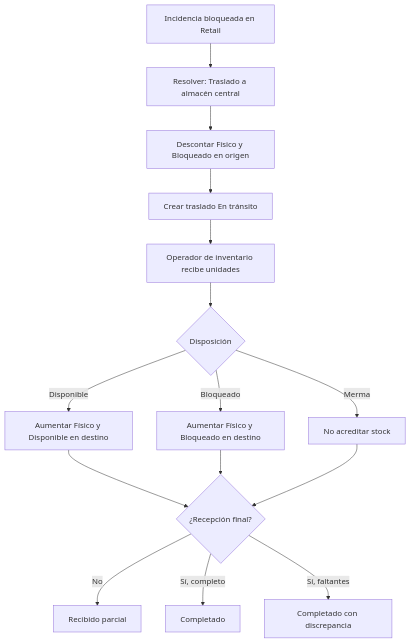
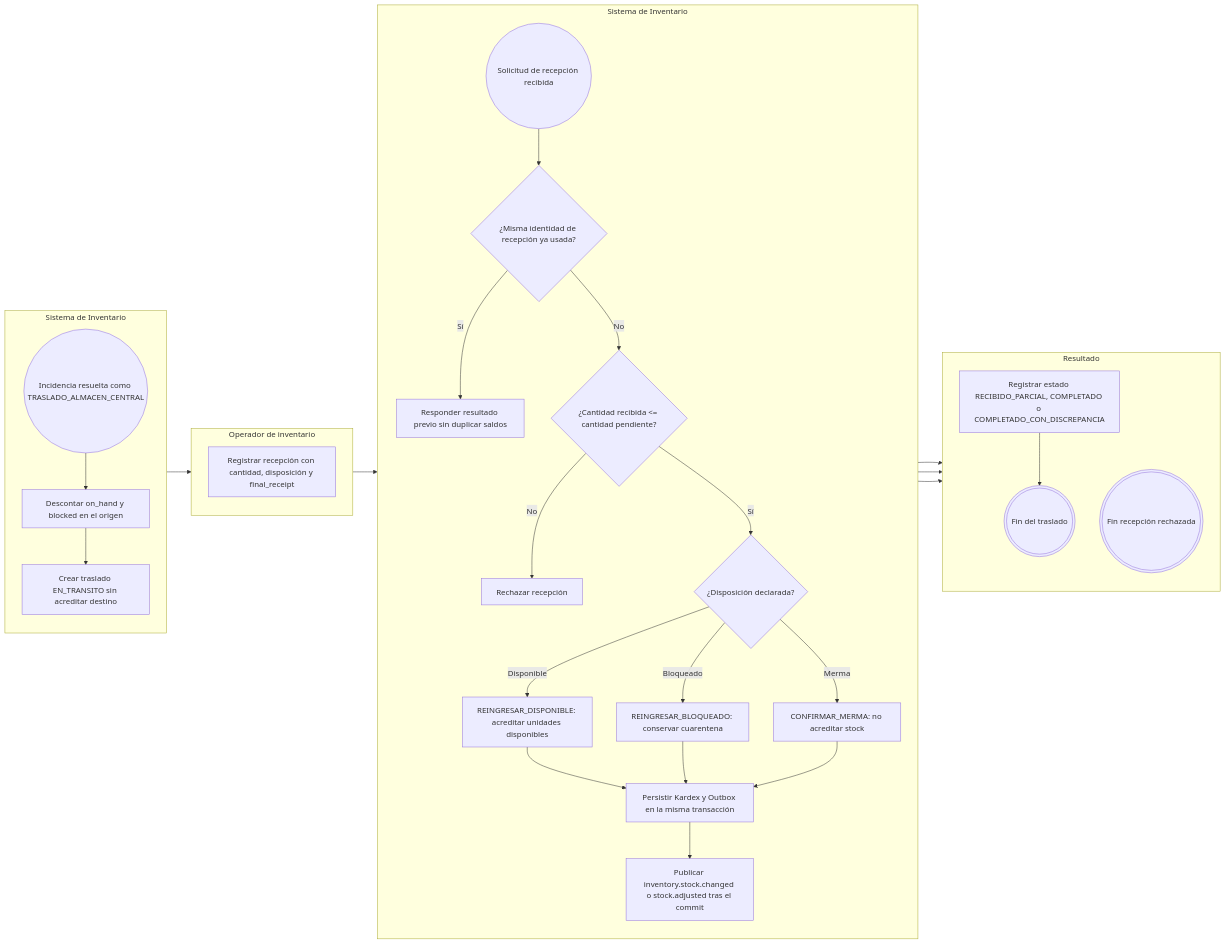
Before and after one commit to Taller-SW-Web/G6-Productos-Ofertas-docs: the ninth of 10 diagrams in flujos/FLOW-015-control-stock-disponibilidad.md, drawn with Mermaid. The commit also changed other lines of this file and 1 other file, not shown here.

Commit message:
fix: correciones segun issues de la funcionalidad Stock

````diff
--- a/flujos/FLOW-015-control-stock-disponibilidad.md
+++ b/flujos/FLOW-015-control-stock-disponibilidad.md
@@ -68,17 +455,57 @@
 ```mermaid
-flowchart TD
-    A["Incidencia bloqueada en Retail"] --> B["Resolver: Traslado a almacén central"]
-    B --> C["Descontar Físico y Bloqueado en origen"]
-    C --> D["Crear traslado En tránsito"]
-    D --> E["Operador de inventario recibe unidades"]
-    E --> F{"Disposición"}
-    F -->|Disponible| G["Aumentar Físico y Disponible en destino"]
-    F -->|Bloqueado| H["Aumentar Físico y Bloqueado en destino"]
-    F -->|Merma| I["No acreditar stock"]
-    G --> J{"¿Recepción final?"}
-    H --> J
-    I --> J
-    J -->|No| K["Recibido parcial"]
-    J -->|Sí, completo| L["Completado"]
-    J -->|Sí, faltantes| M["Completado con discrepancia"]
+flowchart LR
+    subgraph ORIGEN["Sistema de Inventario"]
+        direction TB
+        INICIO((Incidencia resuelta como TRASLADO_ALMACEN_CENTRAL))
+        A1["Descontar on_hand y blocked en el origen"]
+        A2["Crear traslado EN_TRANSITO sin acreditar destino"]
+    end
+
+    subgraph OP["Operador de inventario"]
+        direction TB
+        A3["Registrar recepción con cantidad, disposición y final_receipt"]
+    end
+
+    subgraph INV["Sistema de Inventario"]
+        direction TB
+        E1(("Solicitud de recepción recibida"))
+        D1{"¿Misma identidad de recepción ya usada?"}
+        A4["Responder resultado previo sin duplicar saldos"]
+        D2{"¿Cantidad recibida <= cantidad pendiente?"}
+        A5["Rechazar recepción"]
+        D3{"¿Disposición declarada?"}
+        A6["REINGRESAR_DISPONIBLE: acreditar unidades disponibles"]
+        A7["REINGRESAR_BLOQUEADO: conservar cuarentena"]
+        A8["CONFIRMAR_MERMA: no acreditar stock"]
+        A9["Persistir Kardex y Outbox en la misma transacción"]
+        A10["Publicar inventory.stock.changed o stock.adjusted tras el commit"]
+    end
+
+    subgraph RES["Resultado"]
+        direction TB
+        B1["Registrar estado RECIBIDO_PARCIAL, COMPLETADO o COMPLETADO_CON_DISCREPANCIA"]
+        FIN_OK(((Fin del traslado)))
+        FIN_REJ(((Fin recepción rechazada)))
+    end
+
+    INICIO --> A1
+    A1 --> A2
+    A2 --> A3
+    A3 --> E1
+    E1 --> D1
+    D1 -->|"Sí"| A4
+    D1 -->|"No"| D2
+    A4 --> FIN_OK
+    D2 -->|"No"| A5
+    D2 -->|"Sí"| D3
+    A5 --> FIN_REJ
+    D3 -->|"Disponible"| A6
+    D3 -->|"Bloqueado"| A7
+    D3 -->|"Merma"| A8
+    A6 --> A9
+    A7 --> A9
+    A8 --> A9
+    A9 --> A10
+    A10 --> B1
+    B1 --> FIN_OK
 ```
````
